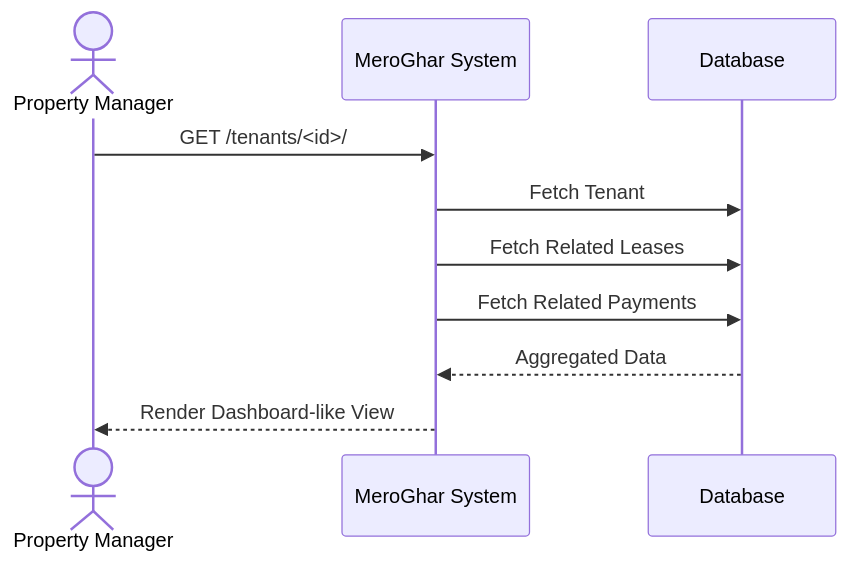
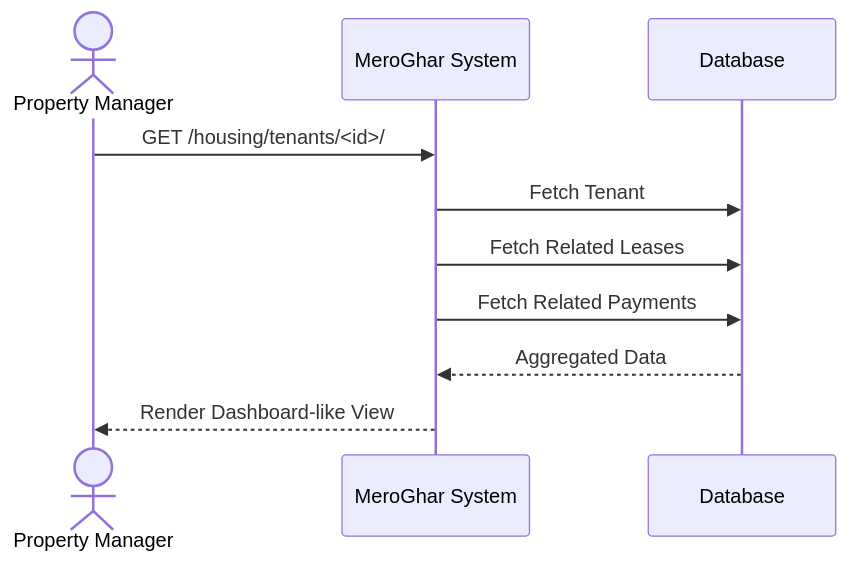
One commit to 0Ankit0/meroghar changed the fourth of 4 diagrams in docs/workflows/tenant.md. Above: the diagram before and after it, drawn with Mermaid. The commit also changed other lines of this file and 10 other files, not shown here.

````diff
--- a/docs/workflows/tenant.md
+++ b/docs/workflows/tenant.md
@@ -83,13 +83,13 @@
 ```mermaid
 sequenceDiagram
     actor Manager as Property Manager
     participant System as MeroGhar System
     participant DB as Database
 
-    Manager->>System: GET /tenants/<id>/
+    Manager->>System: GET /housing/tenants/<id>/
     System->>DB: Fetch Tenant
     System->>DB: Fetch Related Leases
     System->>DB: Fetch Related Payments
     DB-->>System: Aggregated Data
     System-->>Manager: Render Dashboard-like View
 ```
````
